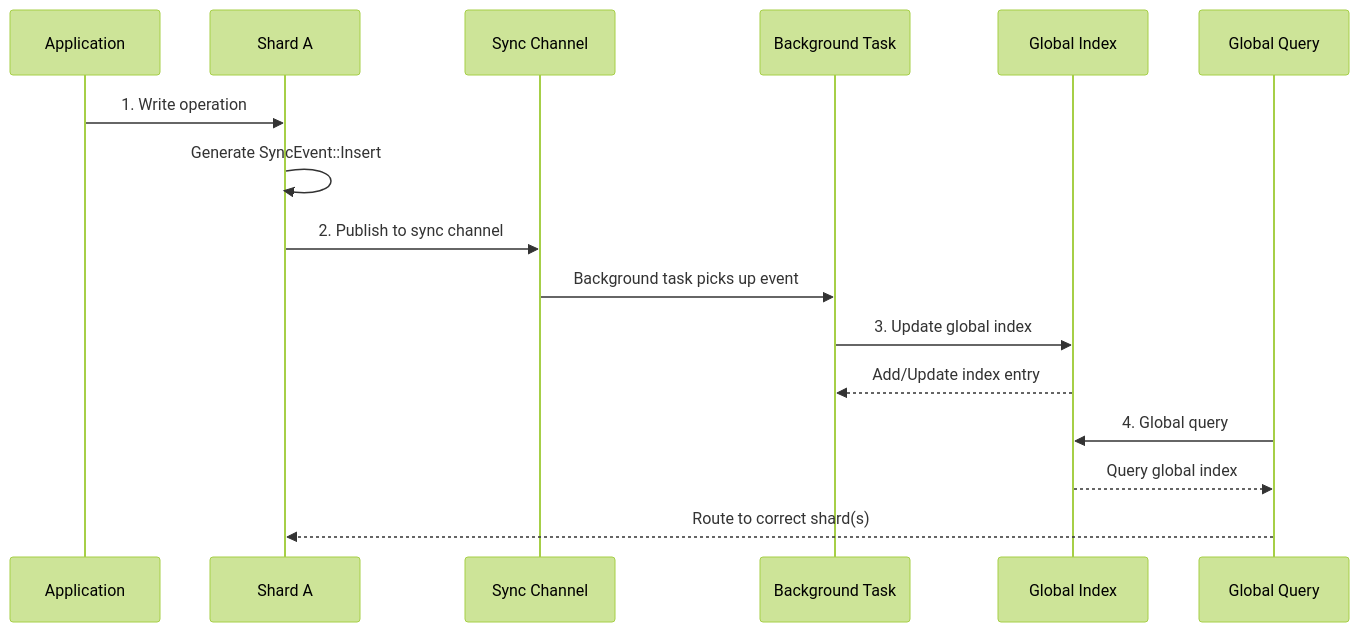
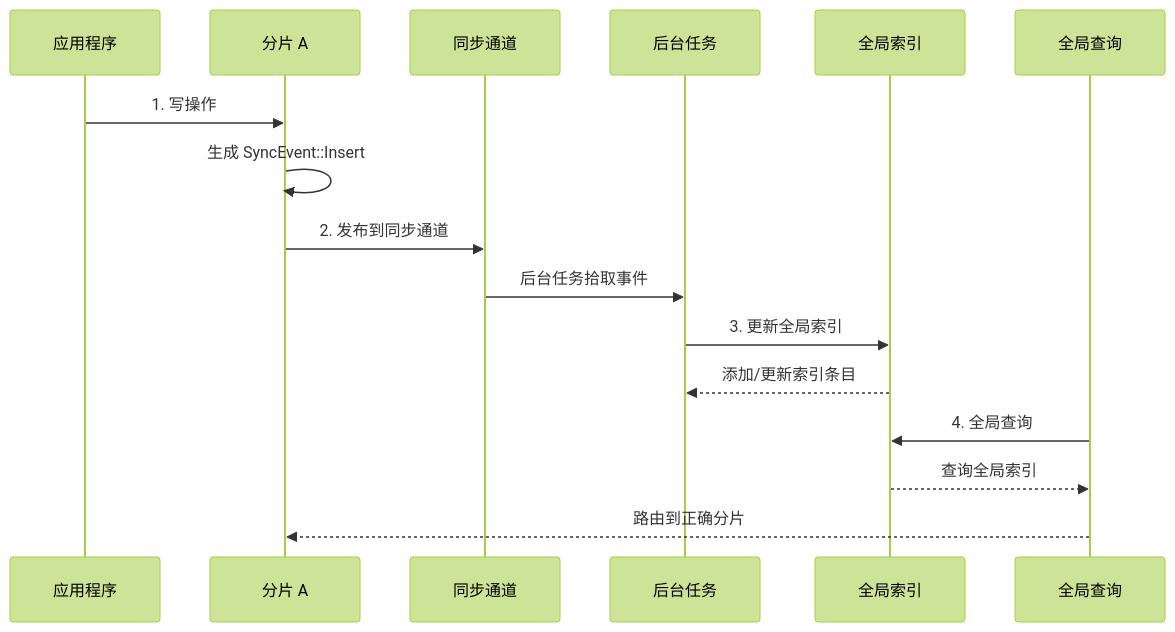
The seventh of 15 diagrams in docs/ARCHITECTURE.md (Kirky-X/dbnexus), drawn with Mermaid (forest theme) before and after one commit. The commit also changed other lines of this file and 2 other files, not shown here.

````diff
--- a/docs/ARCHITECTURE.md
+++ b/docs/ARCHITECTURE.md
@@ -471,21 +471,21 @@
 ```mermaid
 sequenceDiagram
-    participant App as Application
-    participant ShardA as Shard A
-    participant Channel as Sync Channel
-    participant Task as Background Task
-    participant GlobalIdx as Global Index
-    participant Query as Global Query
+    participant App as 应用程序
+    participant ShardA as 分片 A
+    participant Channel as 同步通道
+    participant Task as 后台任务
+    participant GlobalIdx as 全局索引
+    participant Query as 全局查询
 
-    App->>ShardA: 1. Write operation
-    ShardA->>ShardA: Generate SyncEvent::Insert
-    ShardA->>Channel: 2. Publish to sync channel
+    App->>ShardA: 1. 写操作
+    ShardA->>ShardA: 生成 SyncEvent::Insert
+    ShardA->>Channel: 2. 发布到同步通道
 
-    Channel->>Task: Background task picks up event
-    Task->>GlobalIdx: 3. Update global index
-    GlobalIdx-->>Task: Add/Update index entry
+    Channel->>Task: 后台任务拾取事件
+    Task->>GlobalIdx: 3. 更新全局索引
+    GlobalIdx-->>Task: 添加/更新索引条目
 
-    Query->>GlobalIdx: 4. Global query
-    GlobalIdx-->>Query: Query global index
-    Query-->>ShardA: Route to correct shard(s)
+    Query->>GlobalIdx: 4. 全局查询
+    GlobalIdx-->>Query: 查询全局索引
+    Query-->>ShardA: 路由到正确分片
 ```
````
